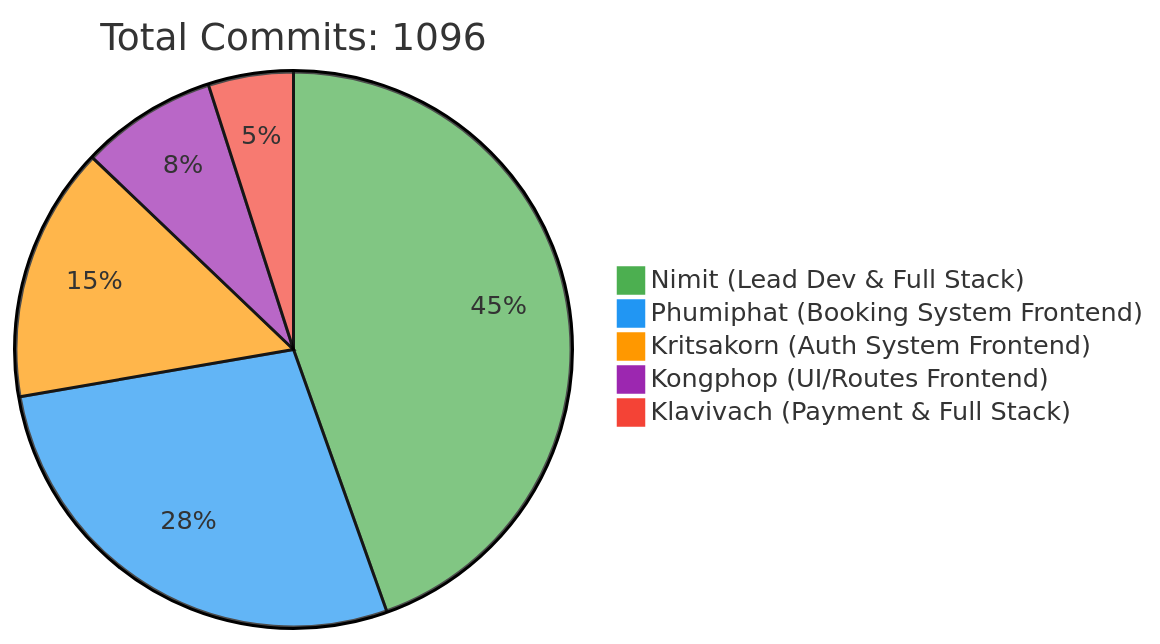
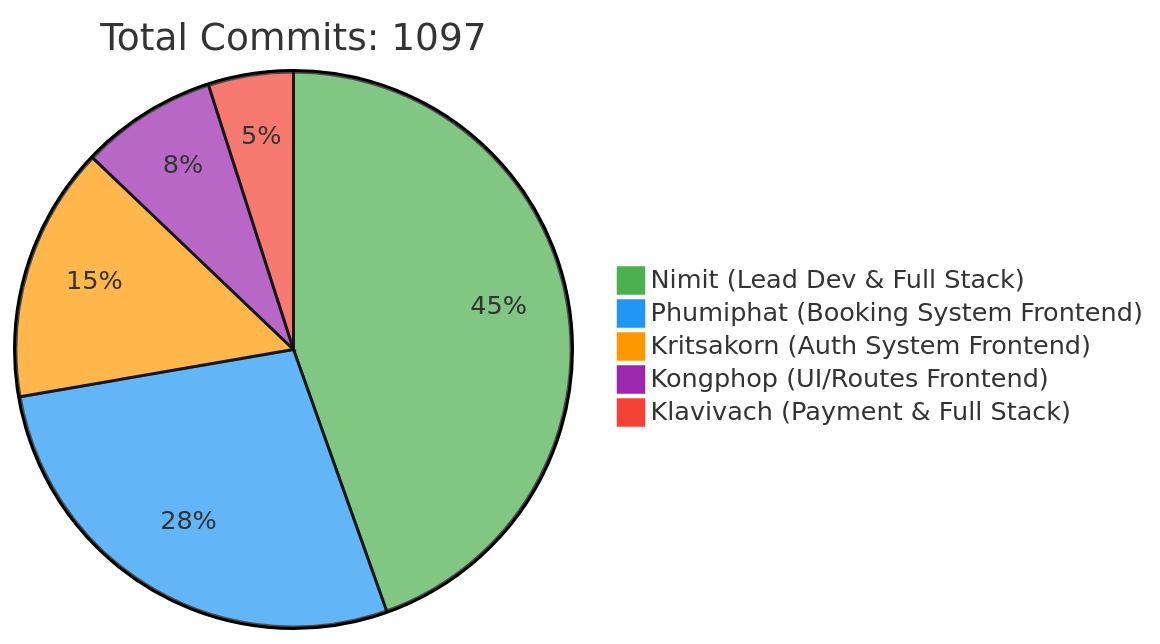
Before and after one commit to 6531503042/Sport-Complex: the first of 2 diagrams in README.md, drawn with Mermaid. The commit also changed other lines of this file, not shown here.

Commit message:
docs: Update contributor statistics [skip ci]

````diff
--- a/README.md
+++ b/README.md
@@ -257,10 +257,10 @@
 ```mermaid
 %%{init: {'theme': 'base', 'themeVariables': { 'pie1': '#4CAF50', 'pie2': '#2196F3', 'pie3': '#FF9800', 'pie4': '#9C27B0', 'pie5': '#F44336'}}}%%
 pie
-    title Total Commits: 1096
+    title Total Commits: 1097
     "Nimit (Lead Dev & Full Stack)" : 450
     "Phumiphat (Booking System Frontend)" : 280
     "Kritsakorn (Auth System Frontend)" : 150
     "Kongphop (UI/Routes Frontend)" : 80
     "Klavivach (Payment & Full Stack)" : 50
 ```
````
